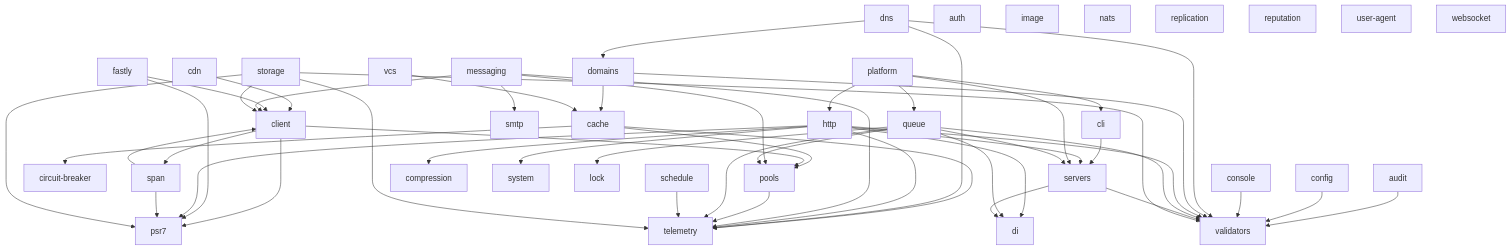
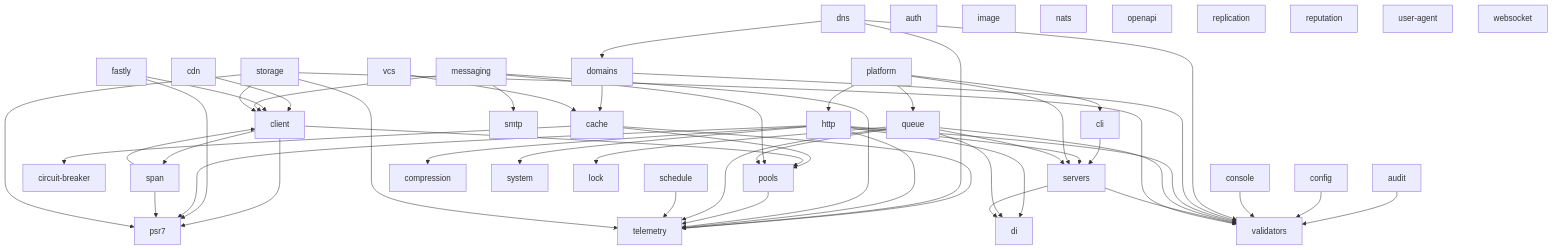
The diagram in README.md (utopia-php/monorepo), drawn with Mermaid before and after one commit. The commit also changed 25 other files, not shown here.

````diff
--- a/README.md
+++ b/README.md
@@ -50,60 +50,61 @@
 ```mermaid
 graph TD
     audit --> validators
     cache --> circuit-breaker
     cache --> pools
     cache --> telemetry
     cdn --> client
     cli --> servers
     client --> pools
     client --> psr7
     client --> span
     config --> validators
     console --> validators
     dns --> telemetry
     dns --> validators
     dns --> domains
     domains --> validators
     domains --> cache
     fastly --> client
     fastly --> psr7
     http --> di
     http --> servers
     http --> compression
     http --> psr7
     http --> telemetry
     http --> validators
     http --> system
     messaging --> client
     messaging --> pools
     messaging --> smtp
     messaging --> telemetry
     platform --> cli
     platform --> http
     platform --> queue
     platform --> servers
     pools --> telemetry
     queue --> di
     queue --> lock
     queue --> servers
     queue --> pools
     queue --> telemetry
     queue --> validators
     schedule --> telemetry
     servers --> di
     servers --> validators
     span --> client
     span --> psr7
     storage --> telemetry
     storage --> validators
     storage --> client
     storage --> psr7
     vcs --> cache
     auth
     image
     nats
+    openapi
     replication
     reputation
     user-agent
     websocket
 ```
````
